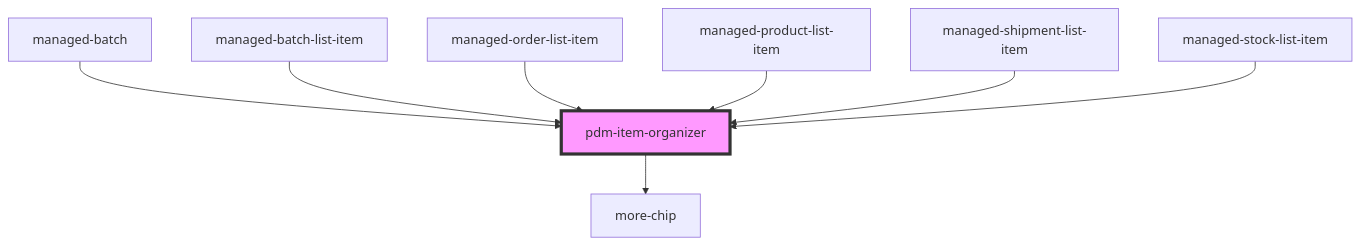
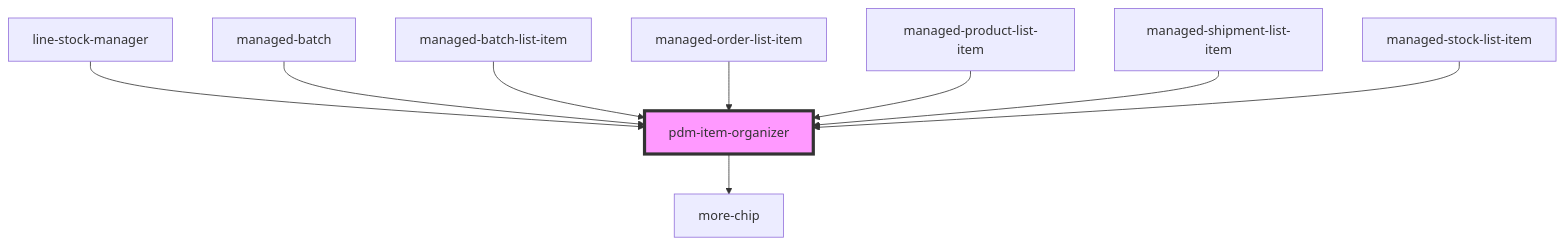
One commit to PharmaLedger-IMI/fgt-workspace changed the diagram in pdm-web-components/src/components/pdm-item-organizer/readme.md. Above: the diagram before and after it, drawn with Mermaid. The commit also changed other lines of this file and 60 other files, not shown here.

````diff
--- a/pdm-web-components/src/components/pdm-item-organizer/readme.md
+++ b/pdm-web-components/src/components/pdm-item-organizer/readme.md
@@ -43,11 +44,12 @@
 ```mermaid
 graph TD;
   pdm-item-organizer --> more-chip
+  line-stock-manager --> pdm-item-organizer
   managed-batch --> pdm-item-organizer
   managed-batch-list-item --> pdm-item-organizer
   managed-order-list-item --> pdm-item-organizer
   managed-product-list-item --> pdm-item-organizer
   managed-shipment-list-item --> pdm-item-organizer
   managed-stock-list-item --> pdm-item-organizer
   style pdm-item-organizer fill:#f9f,stroke:#333,stroke-width:4px
 ```
````
